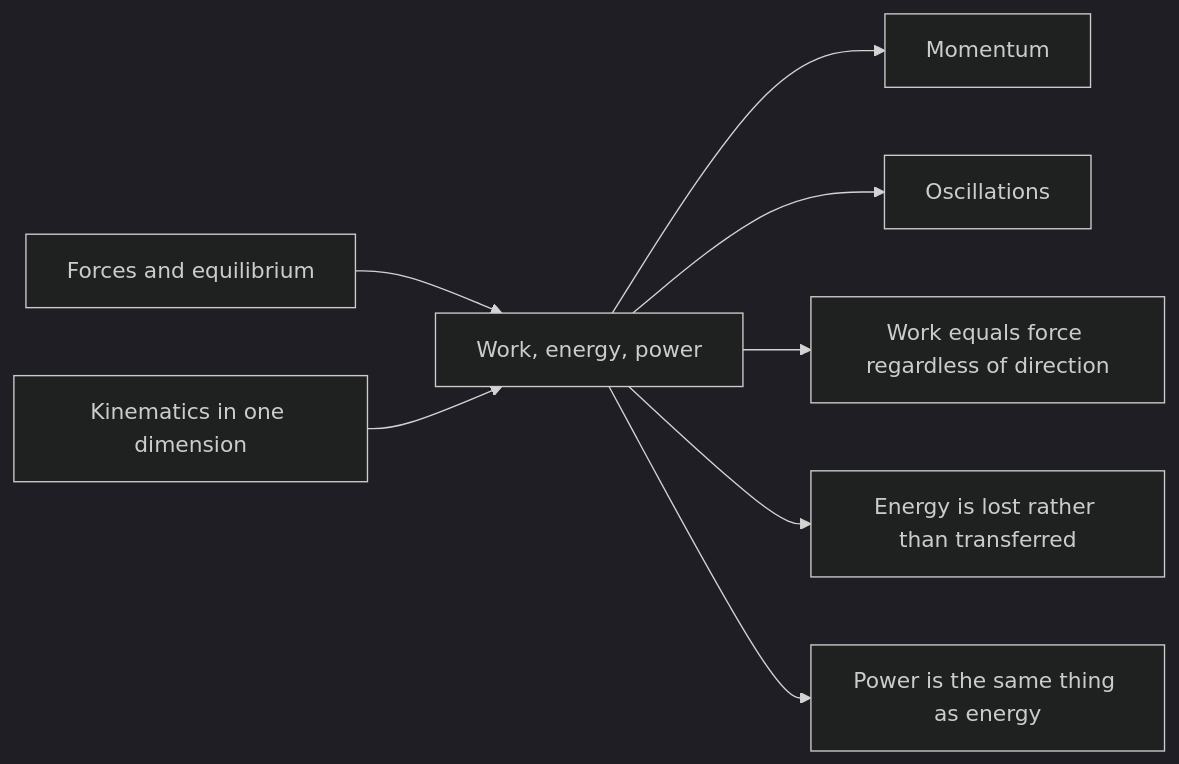
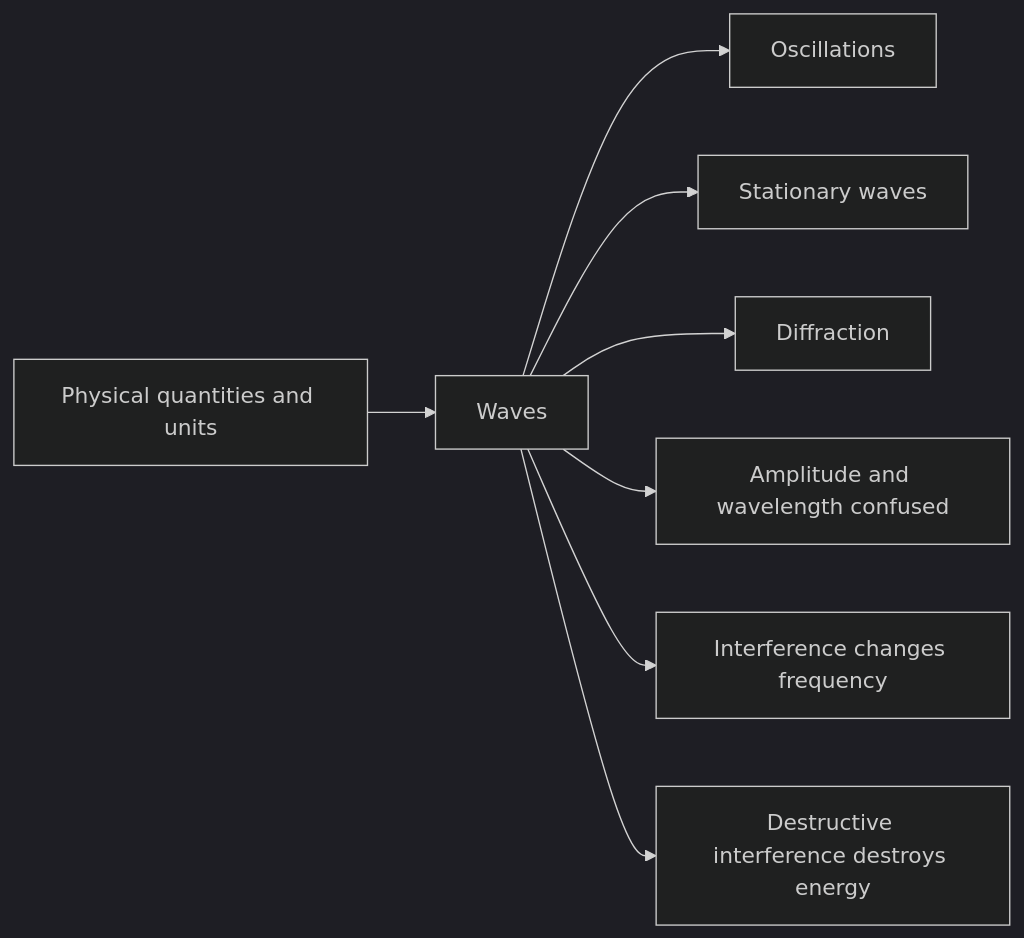
Before and after one commit to anieyrudh/Paideia: the diagram in a-level/content/physics/containers/waves/concept-map/graph.mmd, drawn with Mermaid (dark theme). The commit also changed 27 other files, not shown here.

```diff
--- a/a-level/content/physics/containers/waves/concept-map/graph.mmd
+++ b/a-level/content/physics/containers/waves/concept-map/graph.mmd
@@ -1,8 +1,8 @@
 flowchart LR
-  FE["Forces and equilibrium"] --> WEP["Work, energy, power"]
-  KIN["Kinematics in one dimension"] --> WEP
-  WEP --> MOM["Momentum"]
-  WEP --> OSC["Oscillations"]
-  WEP --> M1["Work equals force regardless of direction"]
-  WEP --> M2["Energy is lost rather than transferred"]
-  WEP --> M3["Power is the same thing as energy"]
+  PQ["Physical quantities and units"] --> WAV["Waves"]
+  WAV --> OSC["Oscillations"]
+  WAV --> SW["Stationary waves"]
+  WAV --> DIF["Diffraction"]
+  WAV --> M1["Amplitude and wavelength confused"]
+  WAV --> M2["Interference changes frequency"]
+  WAV --> M3["Destructive interference destroys energy"]
```
